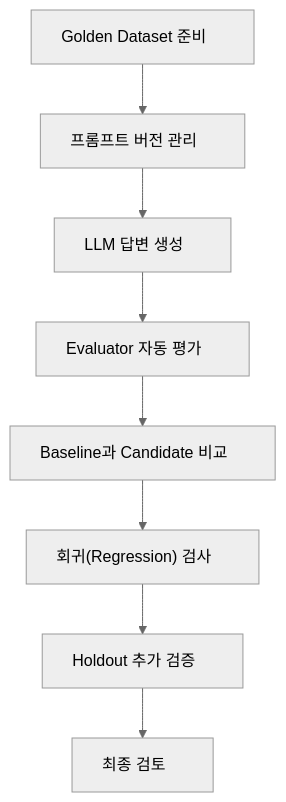
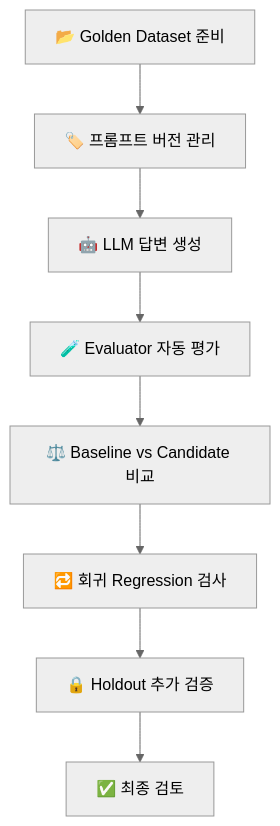
The diagram in Today_TIL/2026-11-02.md (chanyeongg3-design/LLM_study), drawn with Mermaid (neutral theme) before and after one commit. The commit also changed other lines of this file, not shown here.

Commit message:
Update 2026-11-02 TIL

````diff
--- a/Today_TIL/2026-11-02.md
+++ b/Today_TIL/2026-11-02.md
@@ -16,11 +16,10 @@
 ```mermaid
-%%{init: {"flowchart": {"htmlLabels": false, "wrappingWidth": 400}}}%%
 flowchart TD
-    A["Golden Dataset 준비&nbsp;&nbsp;&nbsp;&nbsp;"] --> B["프롬프트 버전 관리&nbsp;&nbsp;&nbsp;&nbsp;"]
-    B --> C["LLM 답변 생성&nbsp;&nbsp;&nbsp;&nbsp;"]
-    C --> D["Evaluator 자동 평가&nbsp;&nbsp;&nbsp;&nbsp;"]
-    D --> E["Baseline과 Candidate 비교&nbsp;&nbsp;&nbsp;&nbsp;"]
-    E --> F["회귀(Regression) 검사&nbsp;&nbsp;&nbsp;&nbsp;"]
-    F --> G["Holdout 추가 검증&nbsp;&nbsp;&nbsp;&nbsp;"]
-    G --> H["최종 검토&nbsp;&nbsp;&nbsp;&nbsp;"]
+    A[📂 Golden Dataset 준비] --> B[🏷️ 프롬프트 버전 관리]
+    B --> C[🤖 LLM 답변 생성]
+    C --> D[🧪 Evaluator 자동 평가]
+    D --> E[⚖️ Baseline vs Candidate 비교]
+    E --> F[🔁 회귀 Regression 검사]
+    F --> G[🔒 Holdout 추가 검증]
+    G --> H[✅ 최종 검토]
 ```
````
